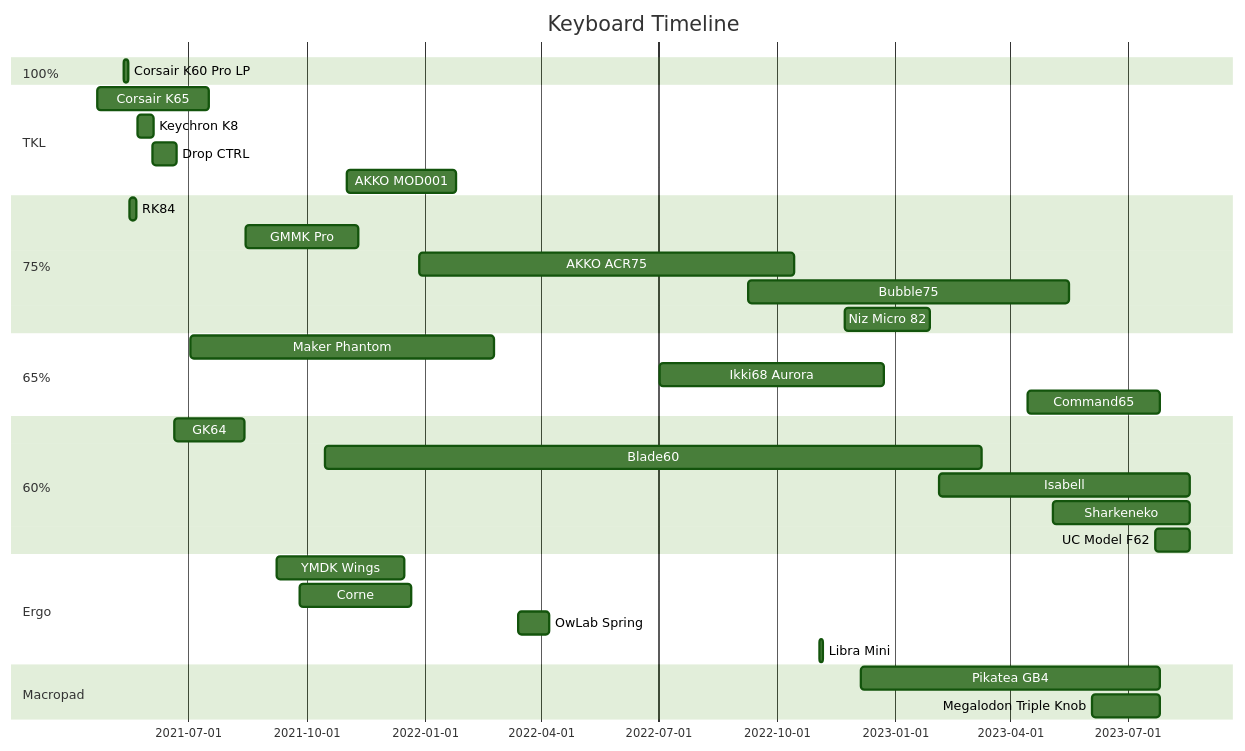
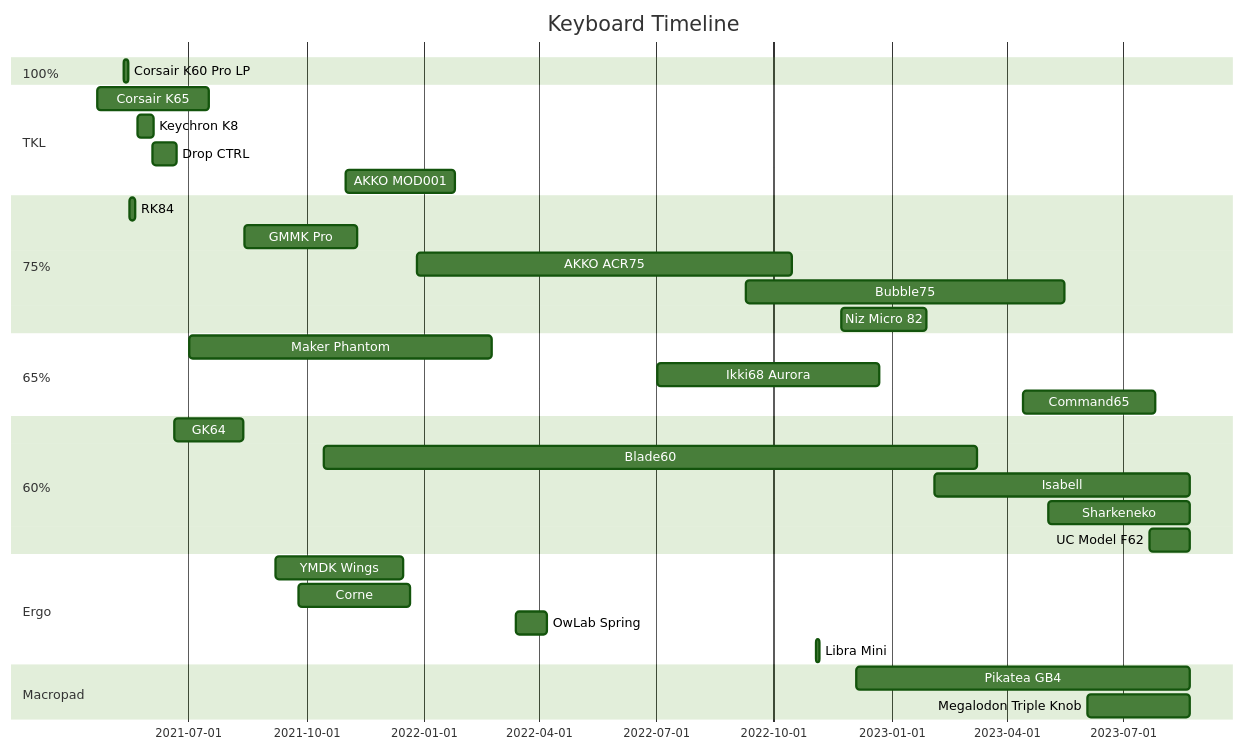
One commit to d-floe/quartzv4 changed the diagram in content/keyboard-index.md. Above: the diagram before and after it, drawn with Mermaid (forest theme).

Commit message:
vault backup: 2023-08-22 23:00:00

````diff
--- a/content/keyboard-index.md
+++ b/content/keyboard-index.md
@@ -5,45 +5,45 @@
 ```mermaid
 gantt
         title Keyboard Timeline
         dateFormat  MMMM Do YYYY
         todayMarker off
         
         section 100%
         Corsair K60 Pro LP:a2, May 12th 2021,May 15th 2021
         
         section TKL
         Corsair K65:a1, April 21st 2021,July 17th 2021
         Keychron K8:a4, May 22nd 2021,June 4th 2021
         Drop CTRL:a5, June 3rd 2021,June 22nd 2021
         AKKO MOD001:a12, November 1st 2021,January 25th 2022
         
         section 75%
         RK84:a3, May 16th 2021,May 21st 2021
         GMMK Pro:a8, August 14th 2021,November 10th 2021
 
         AKKO ACR75:a13, December 27th 2021,October 15th 2022
         Bubble75:a16, September 9th 2022,May 16th 2023
         Niz Micro 82:a18, November 23rd 2022,January 28th 2023
         
         section 65%
         Maker Phantom:a7, July 2nd 2021,February 23rd 2022
         Ikki68 Aurora:a15, July 2nd 2022,December 23rd 2022
         Command65:a20, April 14 2023,July 26th 2023
         
         section 60%
         GK64:a6, June 20th 2021,August 13th 2021
         Blade60:a11, October 15th 2021,March 9th 2023
-        Isabell:a19, February 4th 2023,August 18th 2023
-        Sharkeneko:a21, May 4th 2023,August 18th 2023
-        UC Model F62:a22, July 22nd 2023,August 18th 2023
+        Isabell:a19, February 4th 2023,August 22nd 2023
+        Sharkeneko:a21, May 4th 2023,August 22nd 2023
+        UC Model F62:a22, July 22nd 2023,August 22nd 2023
         
 		section Ergo
         YMDK Wings:a9, September 7th 2021,December 16th 2021
 		Corne:a10, September 25th 2021,December 21st 2021
 		OwLab Spring:a14, March 14th 2022,April 7th 2022
 		Libra Mini:a17, November 3rd 2022,November 6th 2022
 		
 		section Macropad
-		Pikatea GB4:apk, December 5th 2022,July 26th 2023
-		Megalodon Triple Knob:atk, June 3rd 2023,July 26th 2023
+		Pikatea GB4:apk, December 5th 2022,August 22nd 2023
+		Megalodon Triple Knob:atk, June 3rd 2023,August 22nd 2023
 ```
````
